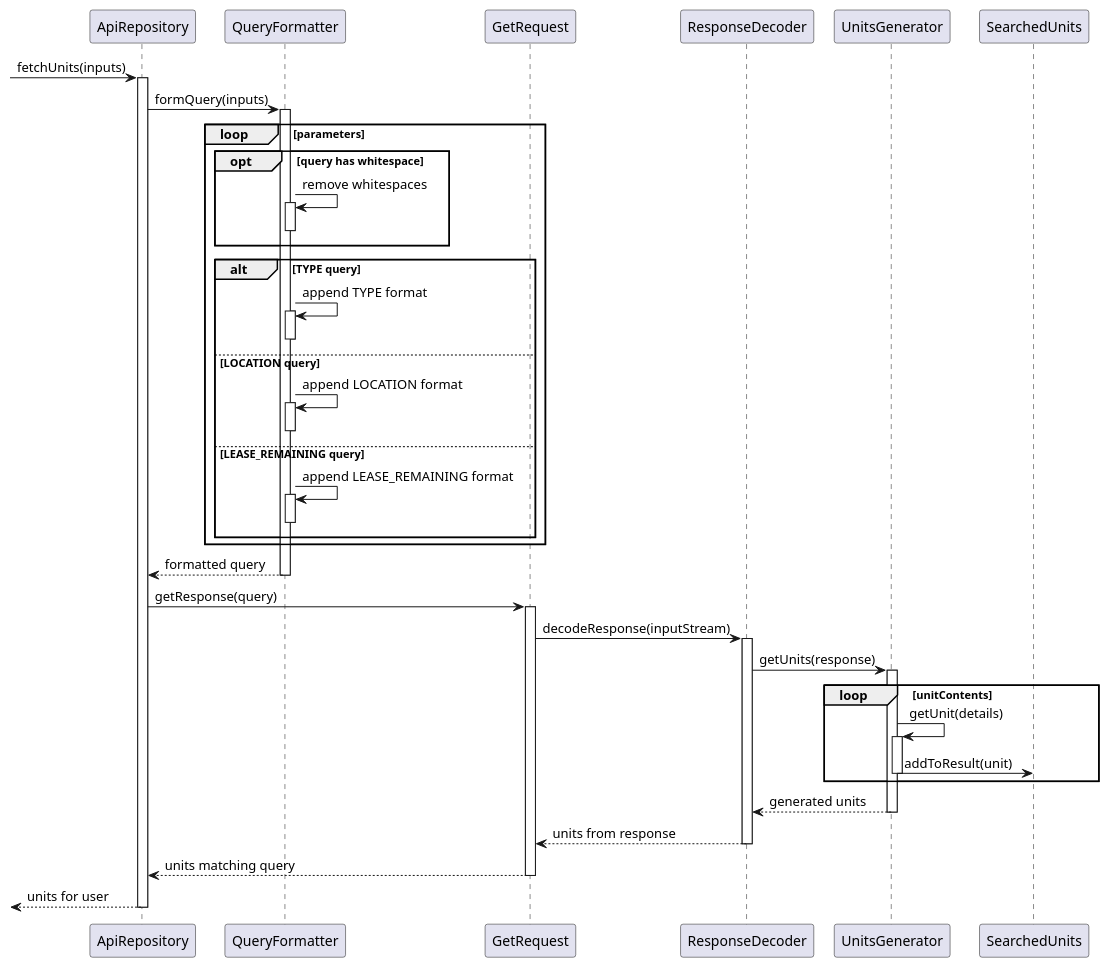
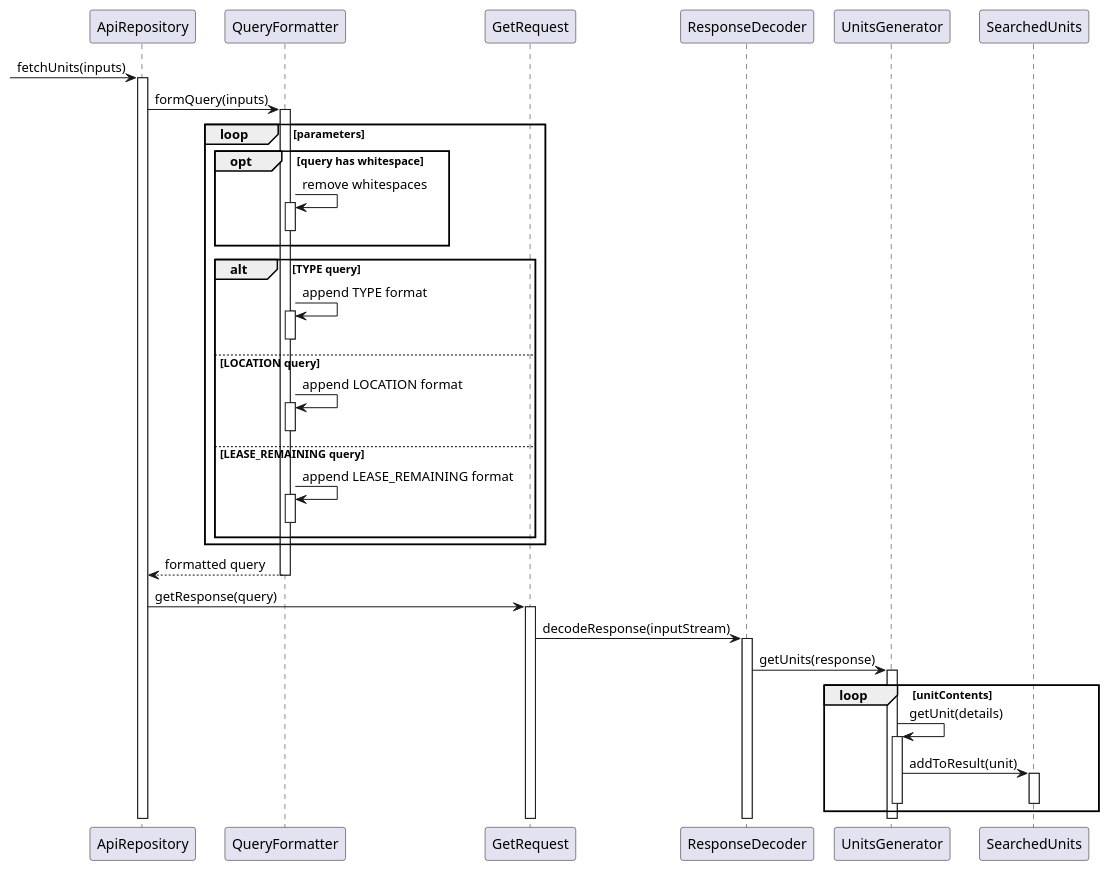
Before and after one commit to nus-cs2113-AY2021S2/tp: the diagram in docs/diagrams/ApiSequence.puml, drawn with PlantUML. The commit also changed 1 other file, not shown here.

```diff
--- a/docs/diagrams/ApiSequence.puml
+++ b/docs/diagrams/ApiSequence.puml
@@ -1,50 +1,48 @@
 @startuml
 'https://plantuml.com/sequence-diagram
 
 [-> ApiRepository: fetchUnits(inputs)
 activate ApiRepository
 ApiRepository -> QueryFormatter: formQuery(inputs)
 activate QueryFormatter
 loop parameters
     opt query has whitespace
     QueryFormatter -> QueryFormatter: remove whitespaces
     activate QueryFormatter
     deactivate QueryFormatter
     end
     alt TYPE query
     QueryFormatter -> QueryFormatter: append TYPE format
     activate QueryFormatter
     deactivate QueryFormatter
     else LOCATION query
     QueryFormatter -> QueryFormatter: append LOCATION format
     activate QueryFormatter
     deactivate QueryFormatter
     else LEASE_REMAINING query
     QueryFormatter -> QueryFormatter: append LEASE_REMAINING format
     activate QueryFormatter
     deactivate QueryFormatter
     end
 end
 ApiRepository <-- QueryFormatter: formatted query
 deactivate QueryFormatter
 ApiRepository -> GetRequest: getResponse(query)
 activate GetRequest
 GetRequest -> ResponseDecoder: decodeResponse(inputStream)
 activate ResponseDecoder
 ResponseDecoder -> UnitsGenerator: getUnits(response)
 activate UnitsGenerator
 loop unitContents
     UnitsGenerator -> UnitsGenerator: getUnit(details)
     activate UnitsGenerator
     UnitsGenerator -> SearchedUnits: addToResult(unit)
+    activate SearchedUnits
+    deactivate SearchedUnits
     deactivate UnitsGenerator
 end
-ResponseDecoder <-- UnitsGenerator: generated units
 deactivate UnitsGenerator
-GetRequest <-- ResponseDecoder: units from response
 deactivate ResponseDecoder
-ApiRepository <-- GetRequest: units matching query
 deactivate GetRequest
-[<-- ApiRepository: units for user
 deactivate ApiRepository
 @enduml
```
